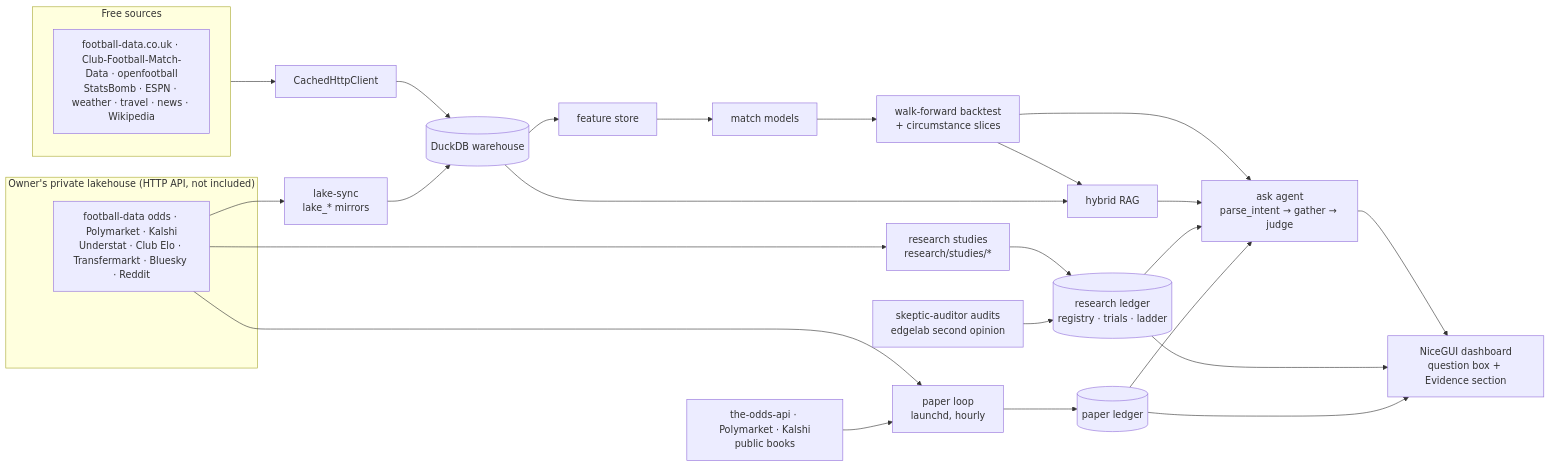
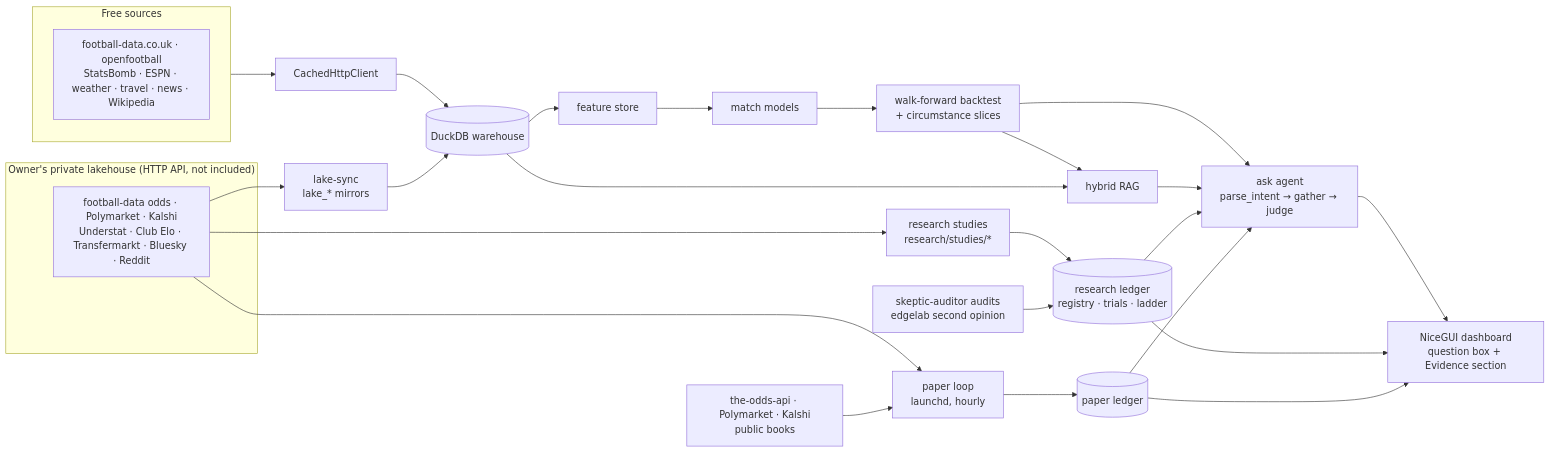
One commit to hampustalhandske/pitch-edge changed the diagram in README.md. Above: the diagram before and after it, drawn with Mermaid. The commit also changed 13 other files, not shown here.

````diff
--- a/README.md
+++ b/README.md
@@ -65,24 +65,24 @@
 ```mermaid
 flowchart LR
   subgraph Lake["Owner's private lakehouse (HTTP API, not included)"]
     LK[football-data odds · Polymarket · Kalshi<br/>Understat · Club Elo · Transfermarkt · Bluesky · Reddit]
   end
   subgraph Free["Free sources"]
-    SRC[football-data.co.uk · Club-Football-Match-Data · openfootball<br/>StatsBomb · ESPN · weather · travel · news · Wikipedia]
+    SRC[football-data.co.uk · openfootball<br/>StatsBomb · ESPN · weather · travel · news · Wikipedia]
   end
   LK --> MIR[lake-sync<br/>lake_* mirrors]
   LK --> ST[research studies<br/>research/studies/*]
   ST --> LED[(research ledger<br/>registry · trials · ladder)]
   AUD[skeptic-auditor audits<br/>edgelab second opinion] --> LED
   LK --> PAP[paper loop<br/>launchd, hourly]
   ODDS[the-odds-api · Polymarket · Kalshi<br/>public books] --> PAP
   PAP --> PL[(paper ledger)]
   Free --> HTTP[CachedHttpClient]
   HTTP --> WH[(DuckDB warehouse)]
   MIR --> WH
   WH --> FS[feature store] --> MD[match models] --> BT[walk-forward backtest<br/>+ circumstance slices]
   BT & WH --> RAG[hybrid RAG]
   BT & RAG & LED & PL --> ASK[ask agent<br/>parse_intent → gather → judge]
   ASK --> UI[NiceGUI dashboard<br/>question box + Evidence section]
   LED & PL --> UI
 ```
````
